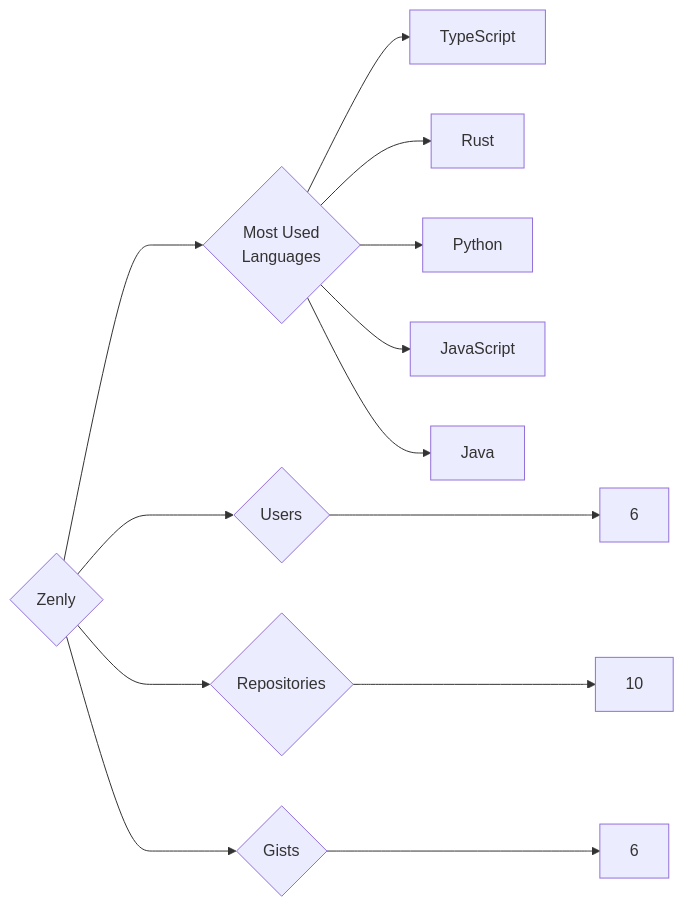
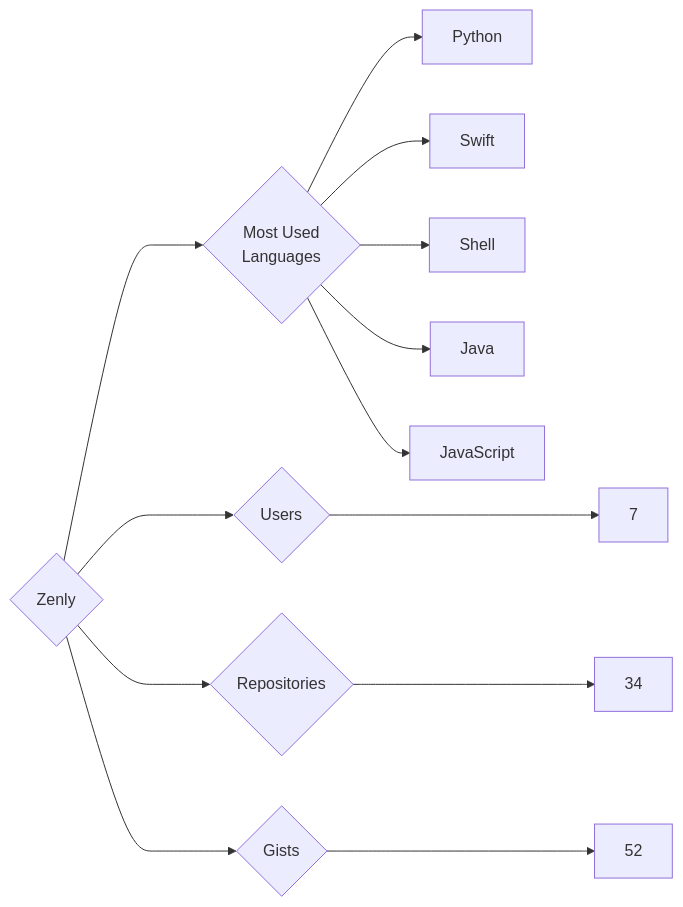
Before and after one commit to trickest/insiders: the diagram in targets/Zenly/README.md, drawn with Mermaid. The commit also changed 995 other files, not shown here.

````diff
--- a/targets/Zenly/README.md
+++ b/targets/Zenly/README.md
@@ -3,13 +3,13 @@
 ```mermaid
 graph LR
 COMPANY_NAME{Zenly}
-COMPANY_NAME ---> U{Users} ---> UN[6]
-COMPANY_NAME ---> R{Repositories} ---> RN[10]
-COMPANY_NAME ---> G{Gists} ---> GN[6]
+COMPANY_NAME ---> U{Users} ---> UN[7]
+COMPANY_NAME ---> R{Repositories} ---> RN[34]
+COMPANY_NAME ---> G{Gists} ---> GN[52]
 COMPANY_NAME ---> ML{Most Used<br>Languages}
-ML --> TypeScript[TypeScript]
-ML --> Rust[Rust]
 ML --> Python[Python]
+ML --> Swift[Swift]
+ML --> Shell[Shell]
+ML --> Java[Java]
 ML --> JavaScript[JavaScript]
-ML --> Java[Java]
 ```
````
